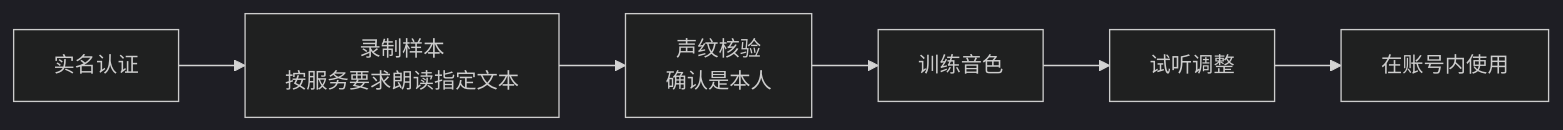
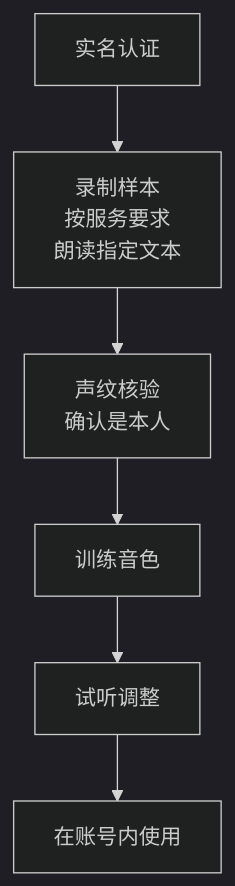
Before and after one commit to jarvis-pro/hatch-shelf: the diagram in books/ai-content-pipeline/05-voice.md, drawn with Mermaid (dark theme). The commit also changed 432 other files, not shown here.

````diff
--- a/books/ai-content-pipeline/05-voice.md
+++ b/books/ai-content-pipeline/05-voice.md
@@ -117,8 +117,8 @@
 ```mermaid
-flowchart LR
-  A["实名认证"] --> B["录制样本<br/>按服务要求朗读指定文本"]
+flowchart TD
+  A["实名认证"] --> B["录制样本<br/>按服务要求<br/>朗读指定文本"]
   B --> C["声纹核验<br/>确认是本人"]
   C --> D["训练音色"]
   D --> E["试听调整"]
   E --> F["在账号内使用"]
 ```
````
